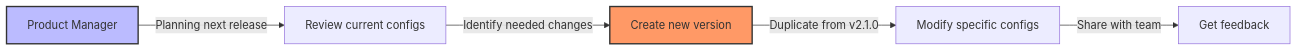
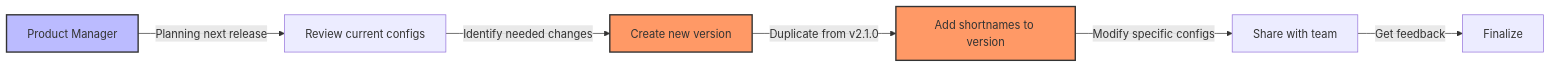
One commit to gregoire-cousin-idnow/webcore-idnow-configuration changed the seventh of 9 diagrams in README.md. Above: the diagram before and after it, drawn with Mermaid. The commit also changed other lines of this file and 6 other files, not shown here.

Commit message:
fix : architecture

````diff
--- a/README.md
+++ b/README.md
@@ -245,10 +250,12 @@
 ```mermaid
 flowchart LR
     A[Product Manager] -->|Planning next release| B[Review current configs]
     B -->|Identify needed changes| C[Create new version]
-    C -->|Duplicate from v2.1.0| D[Modify specific configs]
-    D -->|Share with team| E[Get feedback]
+    C -->|Duplicate from v2.1.0| D[Add shortnames to version]
+    D -->|Modify specific configs| E[Share with team]
+    E -->|Get feedback| F[Finalize]
     
     style A fill:#bbf,stroke:#333,stroke-width:2px
     style C fill:#f96,stroke:#333,stroke-width:2px
+    style D fill:#f96,stroke:#333,stroke-width:2px
 ```
````
